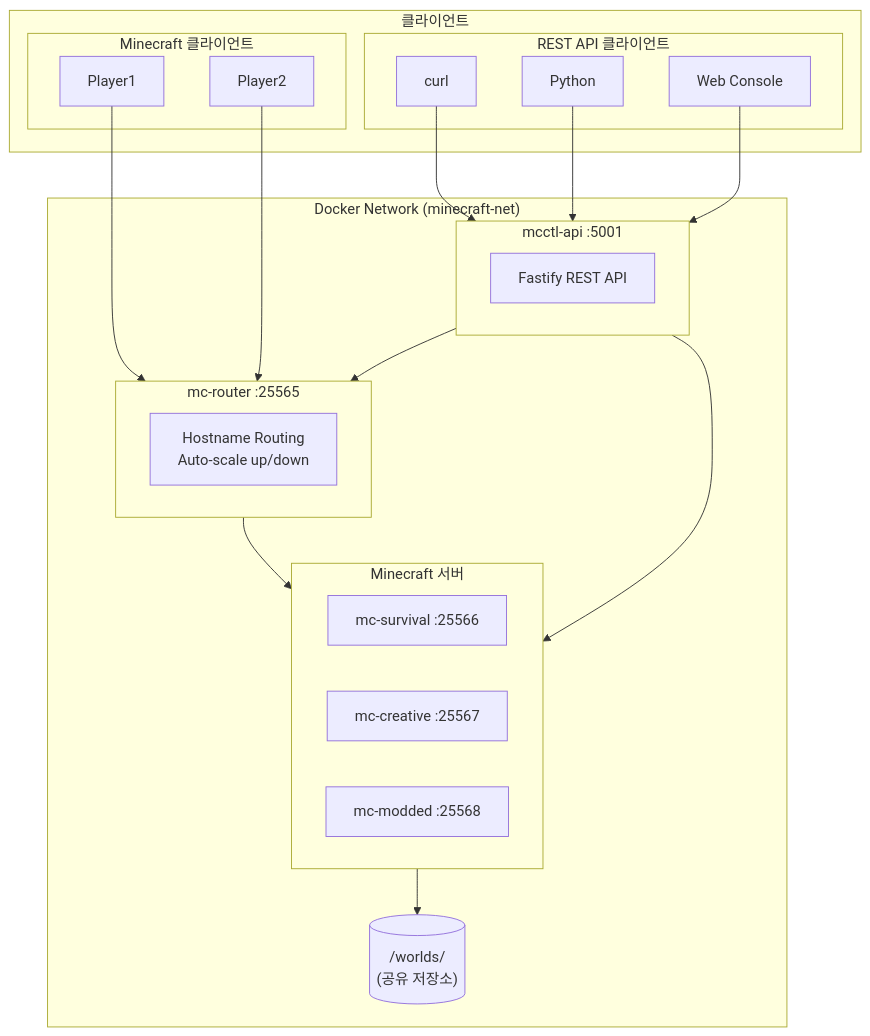
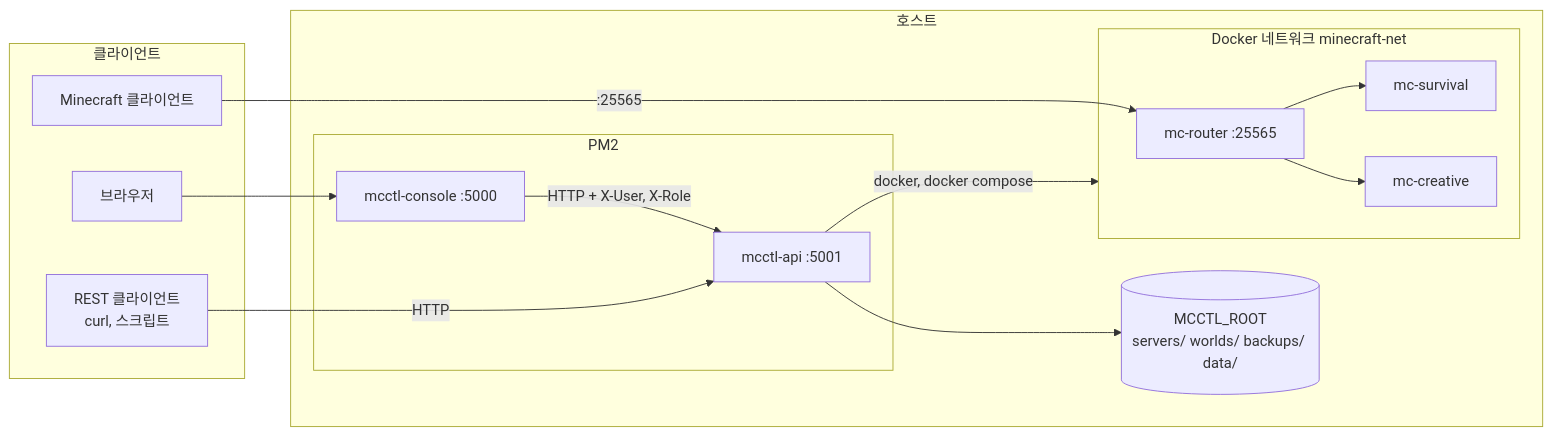
Before and after one commit to smallmiro/minecraft-server-manager: the first of 5 diagrams in docs/api/index.ko.md, drawn with Mermaid. The commit also changed other lines of this file and 9 other files, not shown here.

````diff
--- a/docs/api/index.ko.md
+++ b/docs/api/index.ko.md
@@ -7,41 +12,29 @@
 ```mermaid
-flowchart TB
+flowchart LR
     subgraph Clients["클라이언트"]
-        subgraph MC["Minecraft 클라이언트"]
-            P1[Player1]
-            P2[Player2]
+        P["Minecraft 클라이언트"]
+        B["브라우저"]
+        R["REST 클라이언트<br/>curl, 스크립트"]
+    end
+
+    subgraph Host["호스트"]
+        subgraph PM2["PM2"]
+            CON["mcctl-console :5000"]
+            API["mcctl-api :5001"]
         end
-        subgraph API["REST API 클라이언트"]
-            CURL[curl]
-            PY[Python]
-            WEB[Web Console]
+        FILES[("MCCTL_ROOT<br/>servers/ worlds/ backups/ data/")]
+        subgraph Docker["Docker 네트워크 minecraft-net"]
+            ROUTER["mc-router :25565"]
+            S1["mc-survival"]
+            S2["mc-creative"]
         end
     end
 
-    subgraph Docker["Docker Network (minecraft-net)"]
-        subgraph Router["mc-router :25565"]
-            R[Hostname Routing<br/>Auto-scale up/down]
-        end
-
-        subgraph MCAPI["mcctl-api :5001"]
-            F[Fastify REST API]
-        end
-
-        subgraph Servers["Minecraft 서버"]
-            S1[mc-survival :25566]
-            S2[mc-creative :25567]
-            S3[mc-modded :25568]
-        end
-
-        WORLDS[("/worlds/<br/>(공유 저장소)")]
-    end
-
-    P1 & P2 --> Router
-    CURL & PY & WEB --> MCAPI
-
-    MCAPI --> Router
-    Router --> Servers
-    MCAPI --> Servers
-
-    Servers --> WORLDS
+    P -->|":25565"| ROUTER
+    ROUTER --> S1 & S2
+    B --> CON
+    CON -->|"HTTP + X-User, X-Role"| API
+    R -->|"HTTP"| API
+    API -->|"docker, docker compose"| Docker
+    API --> FILES
 ```
````
